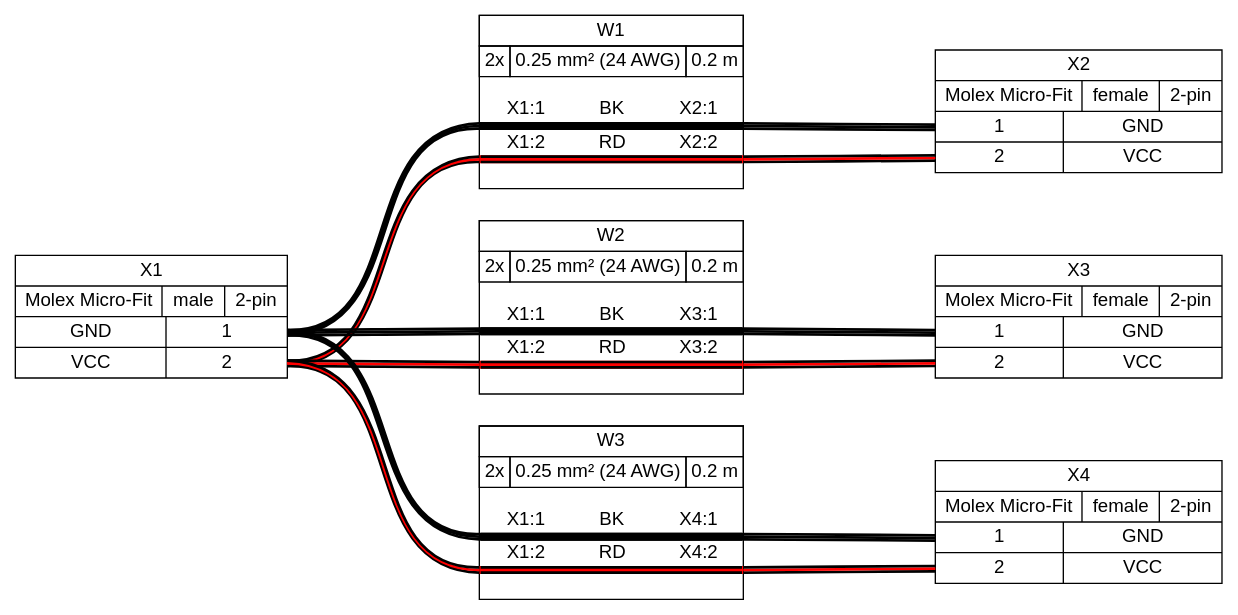
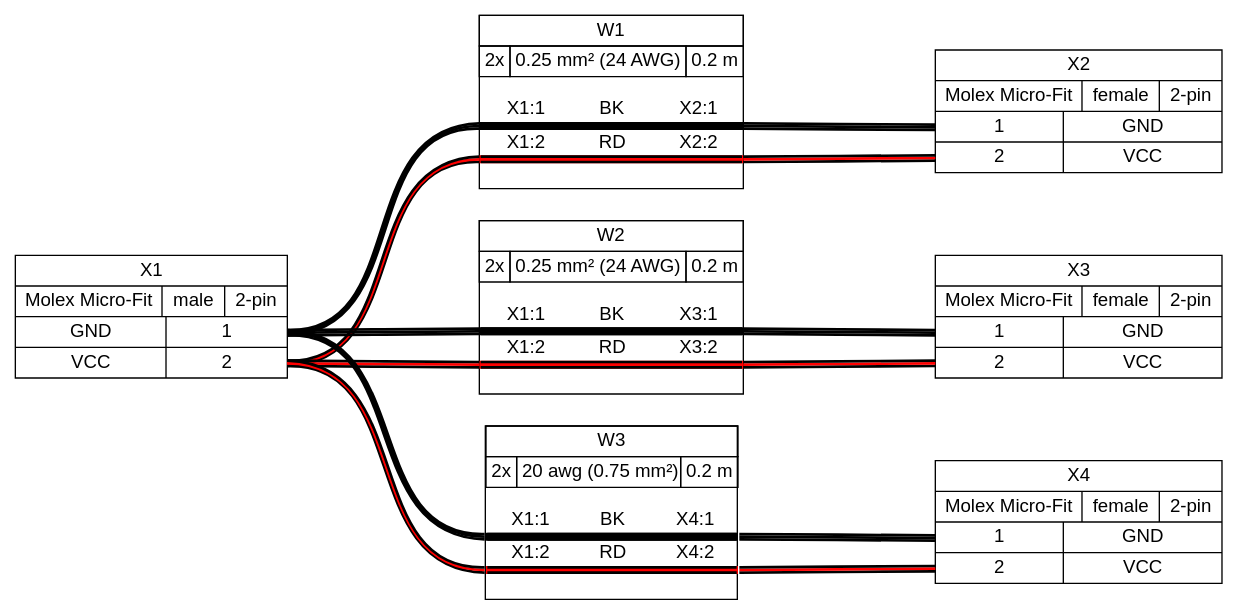
One commit to wireviz/WireViz changed the diagram in examples/ex02.gv. Above: the diagram before and after it, drawn with Graphviz. The commit also changed 5 other files, not shown here.

```diff
--- a/examples/ex02.gv
+++ b/examples/ex02.gv
@@ -1,32 +1,32 @@
 graph {
 // Graph generated by WireViz
 // https://github.com/formatc1702/WireViz
 	graph [bgcolor=white fontname=arial nodesep=0.33 rankdir=LR ranksep=2]
 	node [fillcolor=white fontname=arial shape=record style=filled]
 	edge [fontname=arial style=bold]
 	X1 [label="X1|{Molex Micro-Fit|male|2-pin}|{{GND|VCC}|{<p1r>1|<p2r>2}}"]
 	X2 [label="X2|{Molex Micro-Fit|female|2-pin}|{{<p1l>1|<p2l>2}|{GND|VCC}}"]
 	X3 [label="X3|{Molex Micro-Fit|female|2-pin}|{{<p1l>1|<p2l>2}|{GND|VCC}}"]
 	X4 [label="X4|{Molex Micro-Fit|female|2-pin}|{{<p1l>1|<p2l>2}|{GND|VCC}}"]
 	edge [color="#000000:#000000:#000000"]
 	X1:p1r:e -- W1:w1:w
 	W1:w1:e -- X2:p1l:w
 	edge [color="#000000:#ff0000:#000000"]
 	X1:p2r:e -- W1:w2:w
 	W1:w2:e -- X2:p2l:w
 	W1 [label=<<table border="0" cellspacing="0" cellpadding="0"><tr><td><table border="0" cellspacing="0" cellpadding="3" cellborder="1"><tr><td colspan="3">W1</td></tr><tr><td>2x</td><td>0.25 mm² (24 AWG)</td><td>0.2 m</td></tr></table></td></tr><tr><td>&nbsp;</td></tr><tr><td><table border="0" cellspacing="0" cellborder="0"><tr><td>X1:1</td><td>BK</td><td>X2:1</td></tr><tr><td colspan="3" cellpadding="0" height="6" bgcolor="#000000" border="2" sides="tb" port="w1"></td></tr><tr><td>X1:2</td><td>RD</td><td>X2:2</td></tr><tr><td colspan="3" cellpadding="0" height="6" bgcolor="#ff0000" border="2" sides="tb" port="w2"></td></tr><tr><td>&nbsp;</td></tr></table></td></tr></table>> fillcolor=white margin=0 shape=box style=""]
 	edge [color="#000000:#000000:#000000"]
 	X1:p1r:e -- W2:w1:w
 	W2:w1:e -- X3:p1l:w
 	edge [color="#000000:#ff0000:#000000"]
 	X1:p2r:e -- W2:w2:w
 	W2:w2:e -- X3:p2l:w
 	W2 [label=<<table border="0" cellspacing="0" cellpadding="0"><tr><td><table border="0" cellspacing="0" cellpadding="3" cellborder="1"><tr><td colspan="3">W2</td></tr><tr><td>2x</td><td>0.25 mm² (24 AWG)</td><td>0.2 m</td></tr></table></td></tr><tr><td>&nbsp;</td></tr><tr><td><table border="0" cellspacing="0" cellborder="0"><tr><td>X1:1</td><td>BK</td><td>X3:1</td></tr><tr><td colspan="3" cellpadding="0" height="6" bgcolor="#000000" border="2" sides="tb" port="w1"></td></tr><tr><td>X1:2</td><td>RD</td><td>X3:2</td></tr><tr><td colspan="3" cellpadding="0" height="6" bgcolor="#ff0000" border="2" sides="tb" port="w2"></td></tr><tr><td>&nbsp;</td></tr></table></td></tr></table>> fillcolor=white margin=0 shape=box style=""]
 	edge [color="#000000:#000000:#000000"]
 	X1:p1r:e -- W3:w1:w
 	W3:w1:e -- X4:p1l:w
 	edge [color="#000000:#ff0000:#000000"]
 	X1:p2r:e -- W3:w2:w
 	W3:w2:e -- X4:p2l:w
-	W3 [label=<<table border="0" cellspacing="0" cellpadding="0"><tr><td><table border="0" cellspacing="0" cellpadding="3" cellborder="1"><tr><td colspan="3">W3</td></tr><tr><td>2x</td><td>0.25 mm² (24 AWG)</td><td>0.2 m</td></tr></table></td></tr><tr><td>&nbsp;</td></tr><tr><td><table border="0" cellspacing="0" cellborder="0"><tr><td>X1:1</td><td>BK</td><td>X4:1</td></tr><tr><td colspan="3" cellpadding="0" height="6" bgcolor="#000000" border="2" sides="tb" port="w1"></td></tr><tr><td>X1:2</td><td>RD</td><td>X4:2</td></tr><tr><td colspan="3" cellpadding="0" height="6" bgcolor="#ff0000" border="2" sides="tb" port="w2"></td></tr><tr><td>&nbsp;</td></tr></table></td></tr></table>> fillcolor=white margin=0 shape=box style=""]
+	W3 [label=<<table border="0" cellspacing="0" cellpadding="0"><tr><td><table border="0" cellspacing="0" cellpadding="3" cellborder="1"><tr><td colspan="3">W3</td></tr><tr><td>2x</td><td>20 awg (0.75 mm²)</td><td>0.2 m</td></tr></table></td></tr><tr><td>&nbsp;</td></tr><tr><td><table border="0" cellspacing="0" cellborder="0"><tr><td>X1:1</td><td>BK</td><td>X4:1</td></tr><tr><td colspan="3" cellpadding="0" height="6" bgcolor="#000000" border="2" sides="tb" port="w1"></td></tr><tr><td>X1:2</td><td>RD</td><td>X4:2</td></tr><tr><td colspan="3" cellpadding="0" height="6" bgcolor="#ff0000" border="2" sides="tb" port="w2"></td></tr><tr><td>&nbsp;</td></tr></table></td></tr></table>> fillcolor=white margin=0 shape=box style=""]
 }
```
